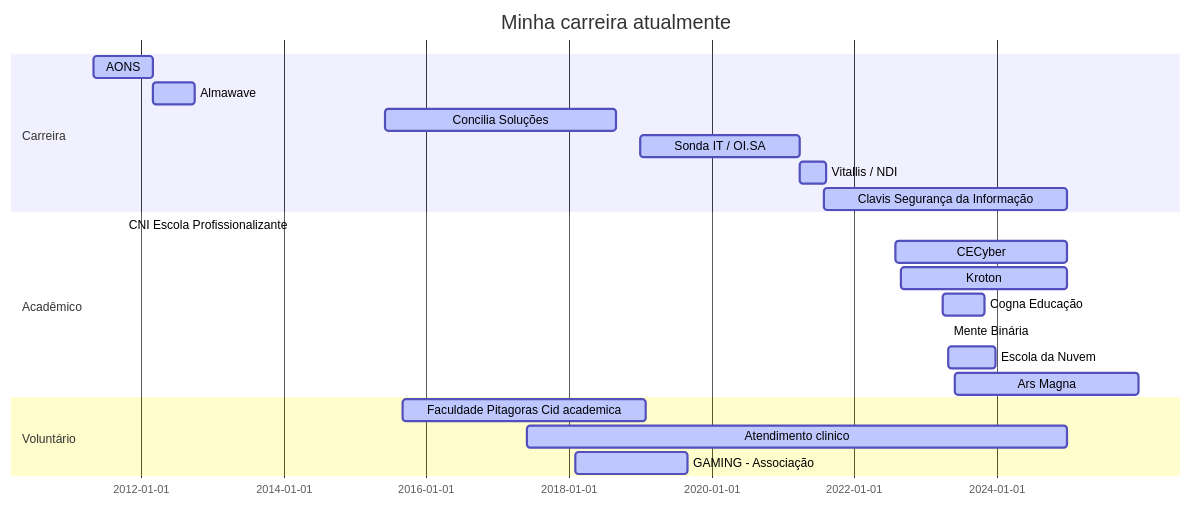
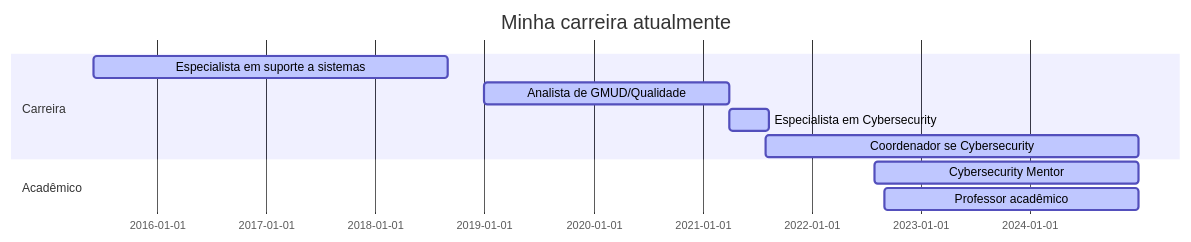
The diagram in README.md (Ridd1kulusC0d3r/Ridd1kulusC0d3r), drawn with Mermaid before and after one commit.

````diff
--- a/README.md
+++ b/README.md
@@ -9,29 +9,16 @@
 ```mermaid
 
 gantt
 dateFormat  YYYY-MM-DD
 title Minha carreira atualmente
 
 section Carreira
-AONS           :active,, 2011-05-01,2012-03-01
-Almawave          :active,, 2012-03-01,2012-10-01
-Concilia Soluções       :active,, 2015-06-01,2018-09-01
-Sonda IT / OI.SA           :active,, 2019-01-01,2021-04-01
-Vitallis / NDI         :active,, 2021-04-01,2021-08-10
-Clavis Segurança da Informação                :active,, 2021-08-01,2024-12-31
+Especialista em suporte a sistemas       :active,, 2015-06-01,2018-09-01
+Analista de GMUD/Qualidade          :active,, 2019-01-01,2021-04-01
+Especialista em Cybersecurity         :active,, 2021-04-01,2021-08-10
+Coordenador se Cybersecurity                :active,, 2021-08-01,2024-12-31
 
 section Acadêmico
-CNI Escola Profissionalizante :active,, 2011-10-01,2012-02-31
-CECyber :active,, 2022-08-01,2024-12-31
-Kroton              :active,, 2022-09-01,2024-12-31
-Cogna Educação      :active,, 2023-04-01,2023-10-31
-Mente Binária :active,, 2023-05-01,2023-09-31
-Escola da Nuvem :active,, 2023-05-01,2023-12-31
-Ars Magna :active,, 2023-06-01,2025-12-31
-
-
-section Voluntário
-Faculdade Pitagoras Cid academica :active,, 2015-09-01,2019-01-31
-Atendimento clinico    :active,, 2017-06-01,2024-12-31
-GAMING - Associação :active,, 2018-02-01,2019-08-31
+Cybersecurity Mentor :active,, 2022-08-01,2024-12-31
+Professor acadêmico              :active,, 2022-09-01,2024-12-31
 ```
````
